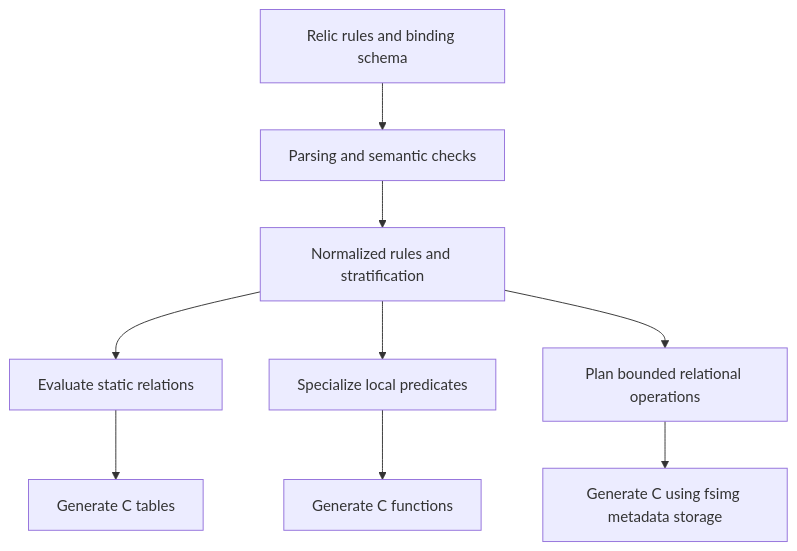
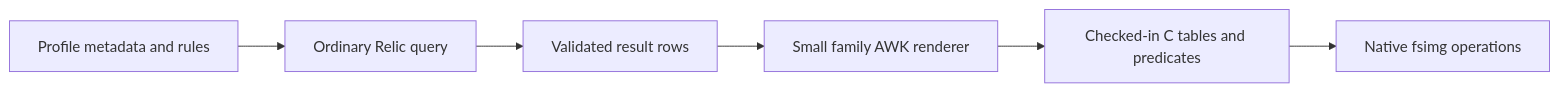
Before and after one commit to stass/fsimg: the second of 2 diagrams in docs/architecture-analysis.md, drawn with Mermaid. The commit also changed other lines of this file and 9 other files, not shown here.

First line of the commit message:
Revise generation designs around Relic results and AWK templates

````diff
--- a/docs/architecture-analysis.md
+++ b/docs/architecture-analysis.md
@@ -322,11 +272,8 @@
 ```mermaid
-flowchart TD
-    Rules[Relic rules and binding schema] --> Front[Parsing and semantic checks]
-    Front --> Normalize[Normalized rules and stratification]
-    Normalize --> Static[Evaluate static relations]
-    Static --> Tables[Generate C tables]
-    Normalize --> Local[Specialize local predicates]
-    Local --> Functions[Generate C functions]
-    Normalize --> Relational[Plan bounded relational operations]
-    Relational --> Verify[Generate C using fsimg metadata storage]
+flowchart LR
+    Facts[Profile metadata and rules] --> Relic[Ordinary Relic query]
+    Relic --> Rows[Validated result rows]
+    Rows --> AWK[Small family AWK renderer]
+    AWK --> C[Checked-in C tables and predicates]
+    C --> Native[Native fsimg operations]
 ```
````
